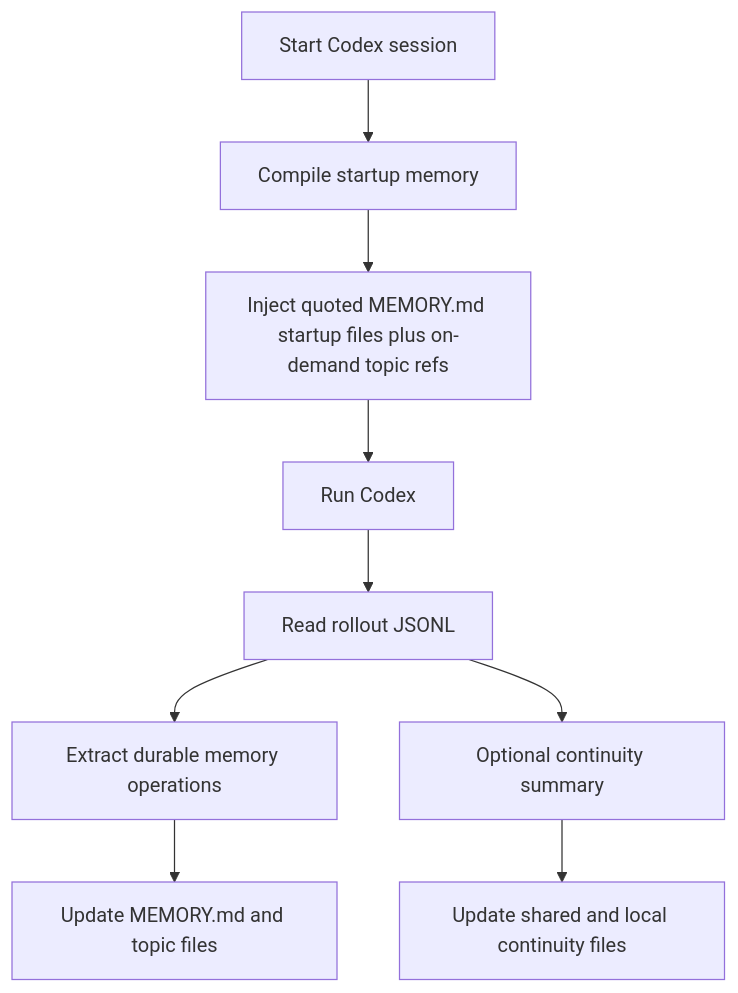
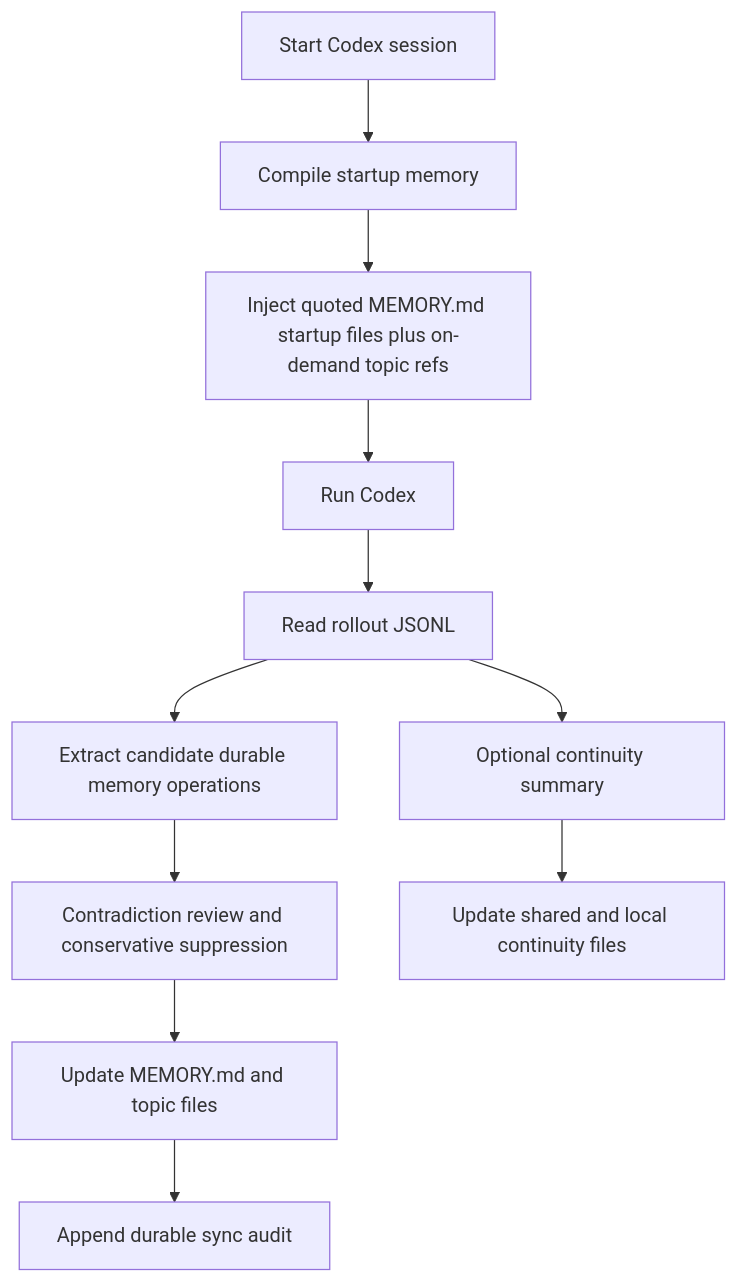
One commit to Boulea7/Codex-Auto-Memory changed the diagram in README.en.md. Above: the diagram before and after it, drawn with Mermaid. The commit also changed other lines of this file and 28 other files, not shown here.

````diff
--- a/README.en.md
+++ b/README.en.md
@@ -202,11 +203,13 @@
 ```mermaid
 flowchart TD
     A[Start Codex session] --> B[Compile startup memory]
     B --> C[Inject quoted MEMORY.md startup files plus on-demand topic refs]
     C --> D[Run Codex]
     D --> E[Read rollout JSONL]
-    E --> F[Extract durable memory operations]
+    E --> F[Extract candidate durable memory operations]
     E --> G[Optional continuity summary]
-    F --> H[Update MEMORY.md and topic files]
-    G --> I[Update shared and local continuity files]
+    F --> H[Contradiction review and conservative suppression]
+    H --> I[Update MEMORY.md and topic files]
+    I --> J[Append durable sync audit]
+    G --> K[Update shared and local continuity files]
 ```
````
